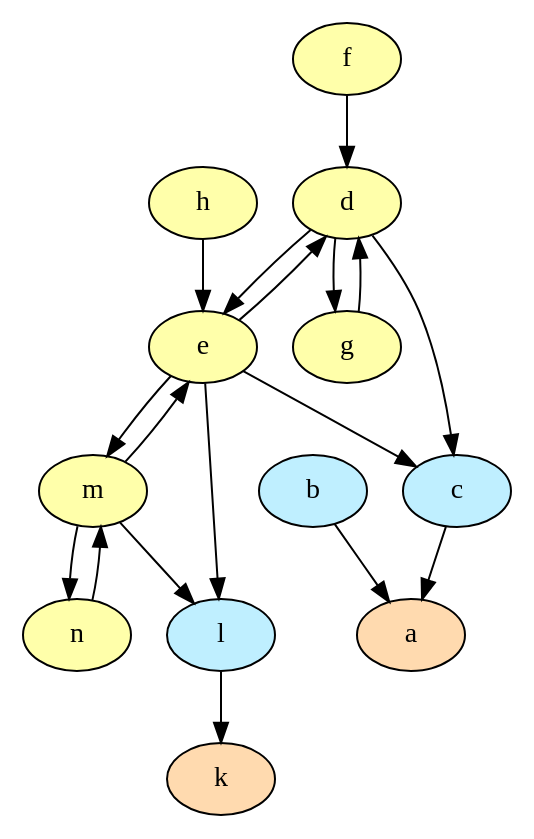
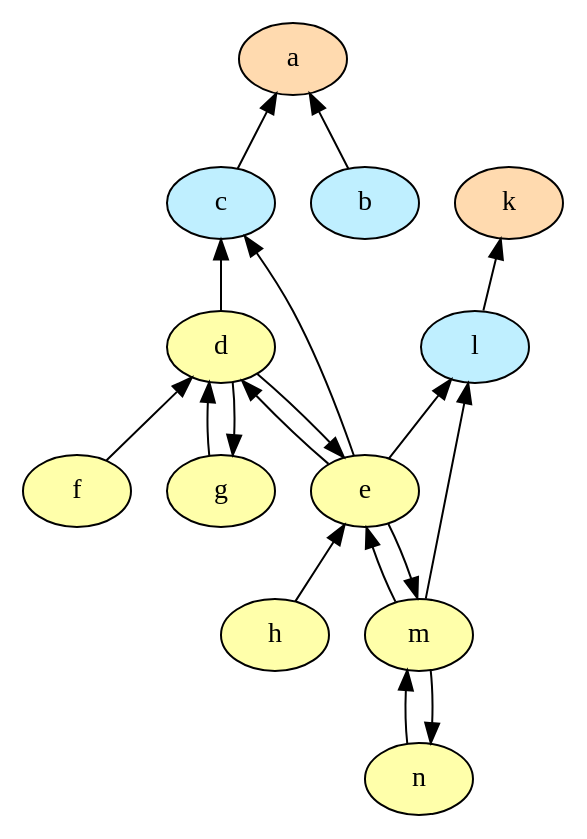
Before and after one commit to idaks/Games-and-Argumentation: the diagram in XLoKR-V2/output/argu_graph_node_colored.dot, drawn with Graphviz. The commit also changed 8 other files, not shown here.

```diff
--- a/XLoKR-V2/output/argu_graph_node_colored.dot
+++ b/XLoKR-V2/output/argu_graph_node_colored.dot
@@ -1,43 +1,43 @@
 strict digraph "" {
+	a	[fillcolor="#ffdaaf",
+		style=filled];
 	b	[fillcolor="#bfefff",
 		style=filled];
-	a	[fillcolor="#ffdaaf",
-		style=filled];
-	b -> a	[dir=forward];
+	a -> b	[dir=back];
 	c	[fillcolor="#bfefff",
 		style=filled];
-	c -> a	[dir=forward];
+	a -> c	[dir=back];
+	d	[fillcolor="#FFFFAA",
+		style=filled];
+	c -> d	[dir=back];
+	e	[fillcolor="#FFFFAA",
+		style=filled];
+	c -> e	[dir=back];
+	d -> e	[dir=back];
+	g	[fillcolor="#FFFFAA",
+		style=filled];
+	d -> g	[dir=back];
+	f	[fillcolor="#FFFFAA",
+		style=filled];
+	d -> f	[dir=back];
+	e -> d	[dir=back];
+	m	[fillcolor="#FFFFAA",
+		style=filled];
+	e -> m	[dir=back];
+	h	[fillcolor="#FFFFAA",
+		style=filled];
+	e -> h	[dir=back];
+	k	[fillcolor="#ffdaaf",
+		style=filled];
 	l	[fillcolor="#bfefff",
 		style=filled];
-	k	[fillcolor="#ffdaaf",
-		style=filled];
-	l -> k	[dir=forward];
-	d	[fillcolor="#FFFFAA",
-		style=filled];
-	d -> c	[dir=forward];
-	e	[fillcolor="#FFFFAA",
-		style=filled];
-	d -> e	[dir=forward];
-	g	[fillcolor="#FFFFAA",
-		style=filled];
-	d -> g	[dir=forward];
-	e -> c	[dir=forward];
-	e -> l	[dir=forward];
-	e -> d	[dir=forward];
-	m	[fillcolor="#FFFFAA",
-		style=filled];
-	e -> m	[dir=forward];
-	g -> d	[dir=forward];
-	m -> l	[dir=forward];
-	m -> e	[dir=forward];
+	k -> l	[dir=back];
+	l -> e	[dir=back];
+	l -> m	[dir=back];
+	m -> e	[dir=back];
 	n	[fillcolor="#FFFFAA",
 		style=filled];
-	m -> n	[dir=forward];
-	n -> m	[dir=forward];
-	f	[fillcolor="#FFFFAA",
-		style=filled];
-	f -> d	[dir=forward];
-	h	[fillcolor="#FFFFAA",
-		style=filled];
-	h -> e	[dir=forward];
+	m -> n	[dir=back];
+	g -> d	[dir=back];
+	n -> m	[dir=back];
 }
```
